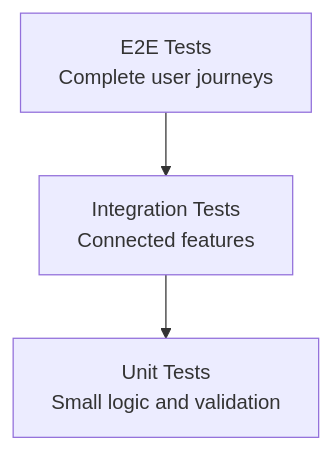
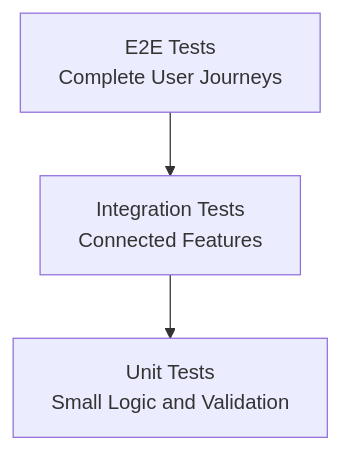
The diagram in docs/TESTING_PLAN.md (CapstoneDesign-Spring2026-UlsanCollege/Free_Sewaa), drawn with Mermaid before and after one commit. The commit also changed other lines of this file, not shown here.

````diff
--- a/docs/TESTING_PLAN.md
+++ b/docs/TESTING_PLAN.md
@@ -5,7 +5,7 @@
 ```mermaid
 flowchart TD
-    E2E["E2E Tests<br/>Complete user journeys"]
-    INT["Integration Tests<br/>Connected features"]
-    UNIT["Unit Tests<br/>Small logic and validation"]
+    E2E["E2E Tests<br/>Complete User Journeys"]
+    INT["Integration Tests<br/>Connected Features"]
+    UNIT["Unit Tests<br/>Small Logic and Validation"]
     E2E --> INT --> UNIT
 ```
````
